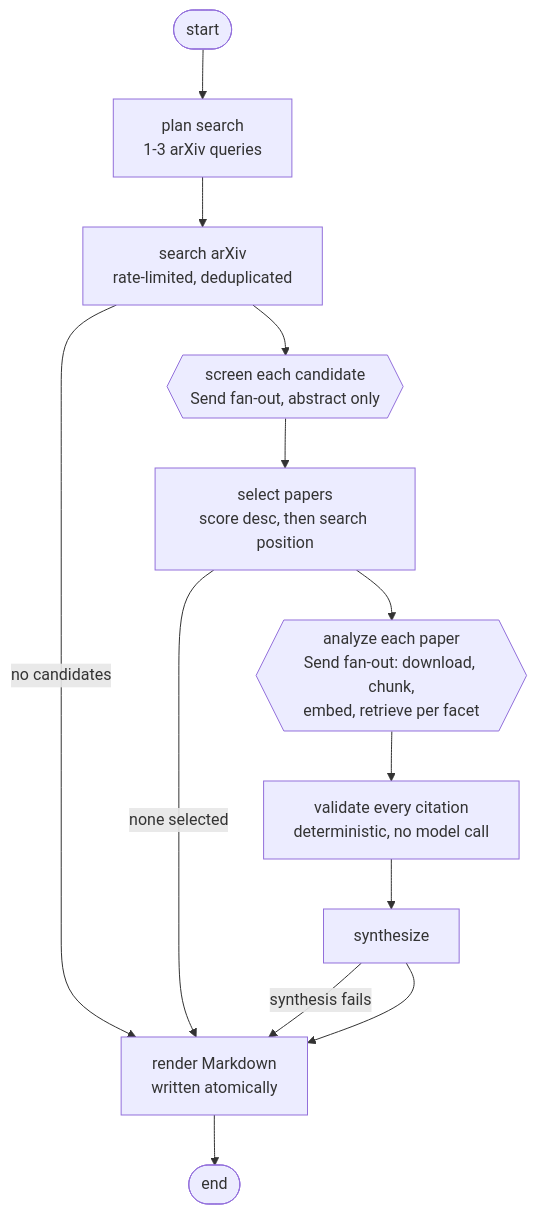
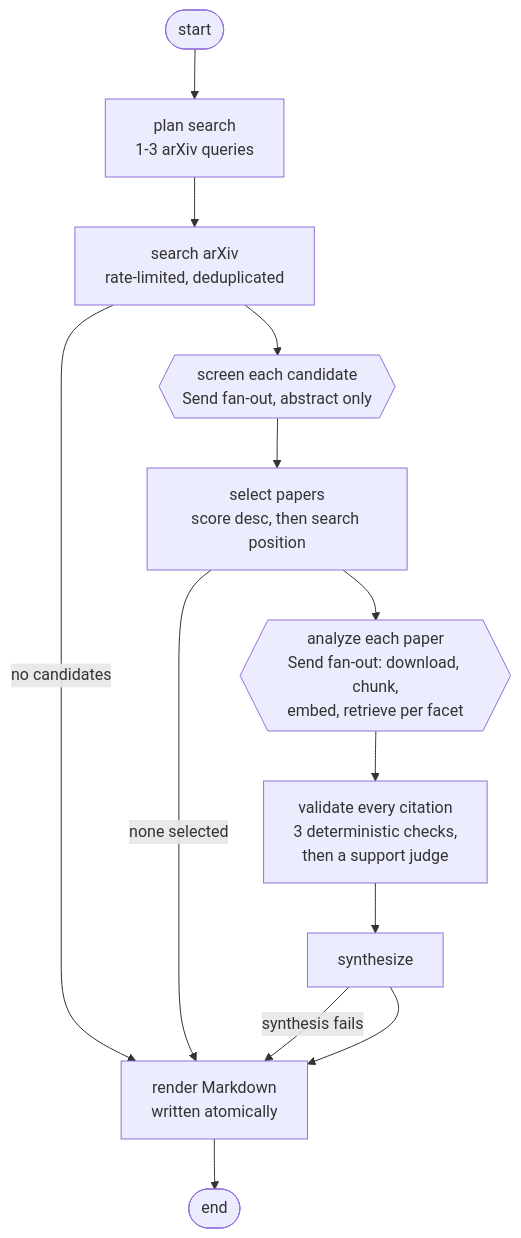
One commit to pavelgolikov/arxiv-research-agent changed the diagram in README.md. Above: the diagram before and after it, drawn with Mermaid. The commit also changed other lines of this file and 17 other files, not shown here.

````diff
--- a/README.md
+++ b/README.md
@@ -128,15 +131,15 @@
 ```mermaid
 flowchart TD
     START([start]) --> plan[plan search<br/>1-3 arXiv queries]
     plan --> search[search arXiv<br/>rate-limited, deduplicated]
     search -->|no candidates| render
     search --> screen{{"screen each candidate<br/>Send fan-out, abstract only"}}
     screen --> select[select papers<br/>score desc, then search position]
     select -->|none selected| render
     select --> analyze{{"analyze each paper<br/>Send fan-out: download, chunk,<br/>embed, retrieve per facet"}}
-    analyze --> validate[validate every citation<br/>deterministic, no model call]
+    analyze --> validate[validate every citation<br/>3 deterministic checks,<br/>then a support judge]
     validate --> synth[synthesize]
     synth -->|synthesis fails| render
     synth --> render[render Markdown<br/>written atomically]
     render --> DONE([end])
 ```
````
